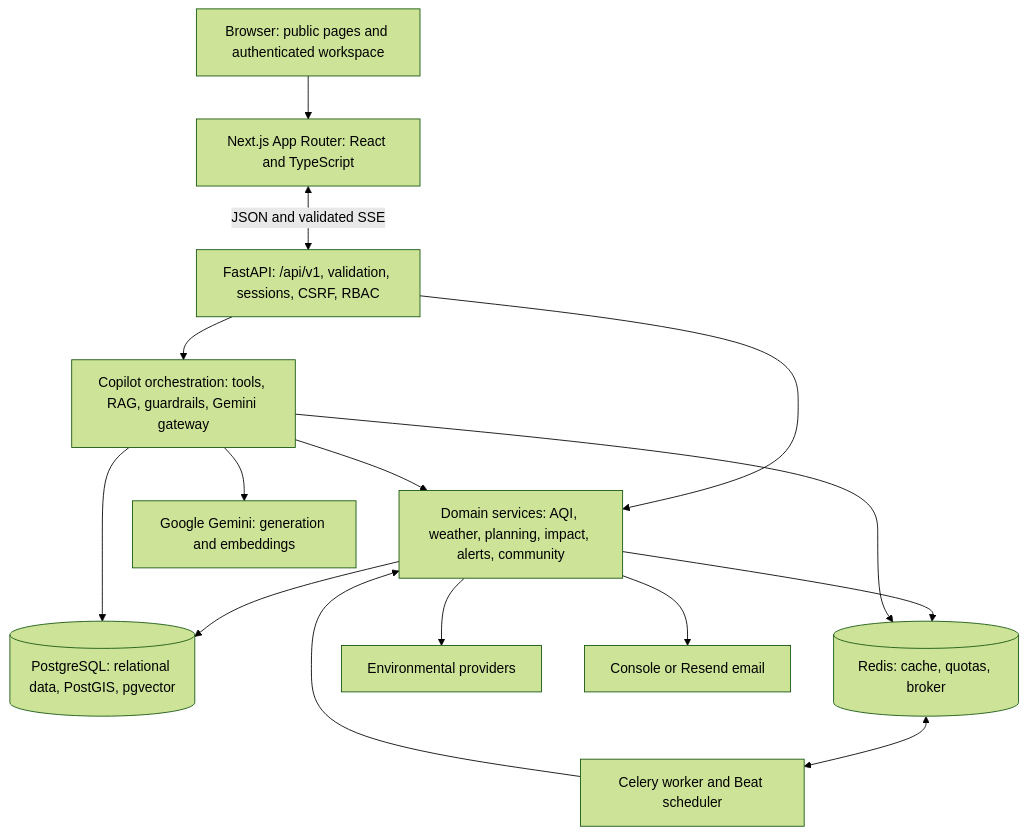
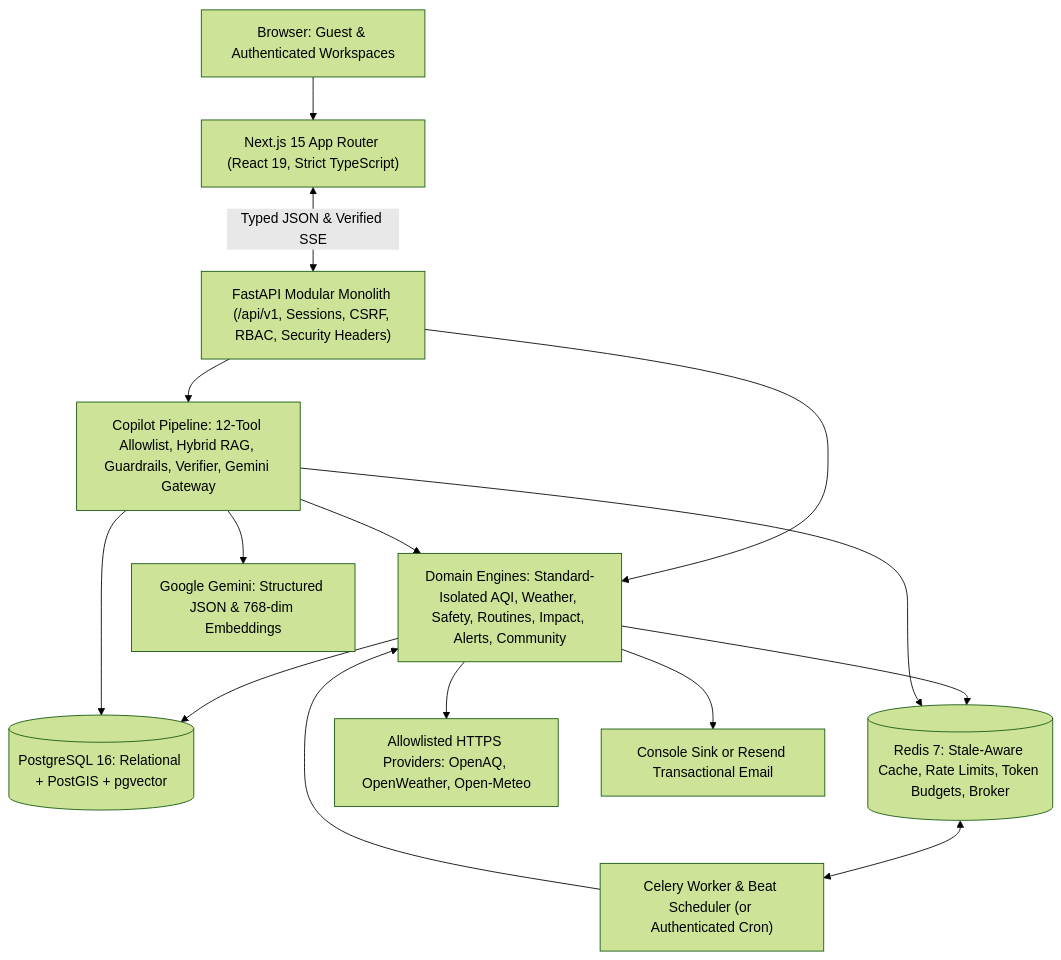
One commit to salman-momin08/airwise changed the second of 6 diagrams in README.md. Above: the diagram before and after it, drawn with Mermaid (forest theme). The commit also changed other lines of this file and 49 other files, not shown here.

````diff
--- a/README.md
+++ b/README.md
@@ -133,29 +131,29 @@
 ```mermaid
 flowchart TB
-    Browser["Browser: public pages and authenticated workspace"]
-    UI["Next.js App Router: React and TypeScript"]
-    API["FastAPI: /api/v1, validation, sessions, CSRF, RBAC"]
-    Domains["Domain services: AQI, weather, planning, impact, alerts, community"]
-    AI["Copilot orchestration: tools, RAG, guardrails, Gemini gateway"]
-    PG[("PostgreSQL: relational data, PostGIS, pgvector")]
-    Redis[("Redis: cache, quotas, broker")]
-    Workers["Celery worker and Beat scheduler"]
-    Environment["Environmental providers"]
-    Gemini["Google Gemini: generation and embeddings"]
-    Email["Console or Resend email"]
+    Browser["Browser: Guest & Authenticated Workspaces"]
+    UI["Next.js 15 App Router (React 19, Strict TypeScript)"]
+    API["FastAPI Modular Monolith (/api/v1, Sessions, CSRF, RBAC, Security Headers)"]
+    Domains["Domain Engines: Standard-Isolated AQI, Weather, Safety, Routines, Impact, Alerts, Community"]
+    AI["Copilot Pipeline: 12-Tool Allowlist, Hybrid RAG, Guardrails, Verifier, Gemini Gateway"]
+    PG[("PostgreSQL 16: Relational + PostGIS + pgvector")]
+    Redis[("Redis 7: Stale-Aware Cache, Rate Limits, Token Budgets, Broker")]
+    Workers["Celery Worker & Beat Scheduler (or Authenticated Cron)"]
+    Environment["Allowlisted HTTPS Providers: OpenAQ, OpenWeather, Open-Meteo"]
+    Gemini["Google Gemini: Structured JSON & 768-dim Embeddings"]
+    Email["Console Sink or Resend Transactional Email"]
 
     Browser --> UI
-    UI <-->|"JSON and validated SSE"| API
+    UI <-->|"Typed JSON & Verified SSE"| API
     API --> Domains
     API --> AI
     Domains --> PG
     Domains --> Redis
     Domains --> Environment
     AI --> Domains
     AI --> PG
     AI --> Redis
     AI --> Gemini
     Redis <--> Workers
     Workers --> Domains
     Domains --> Email
 ```
````
